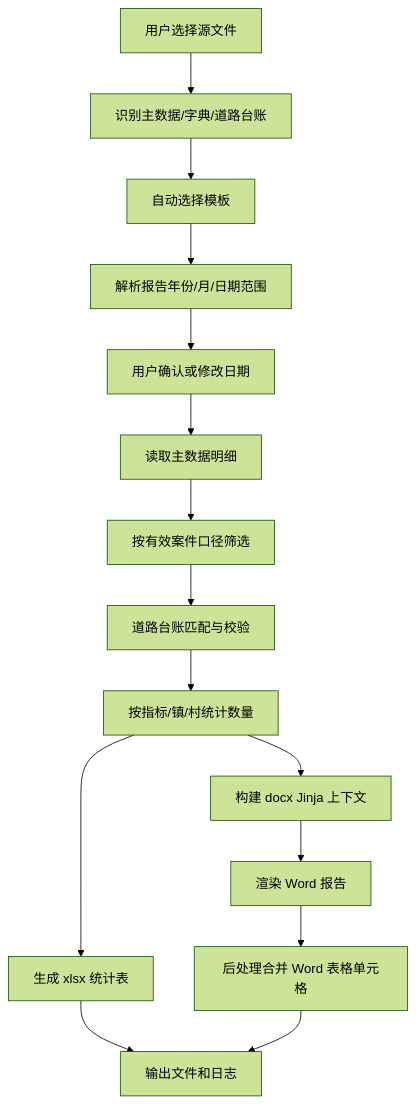
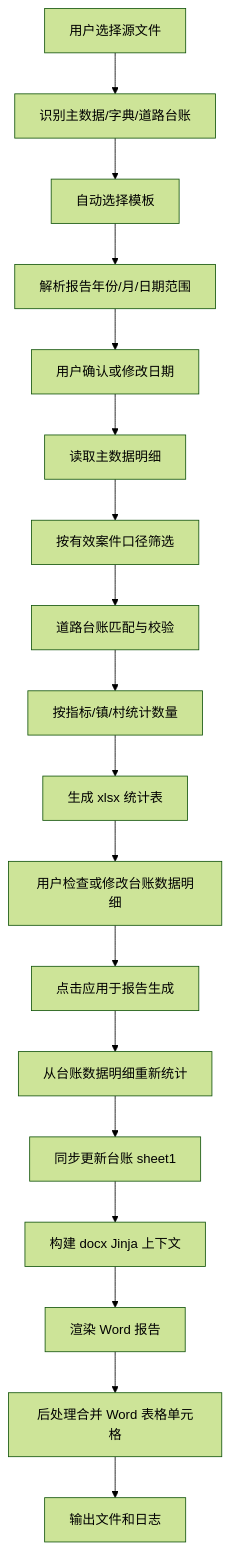
Before and after one commit to EighteenLiu/Haidian-Resident-Word: the diagram in 农村人居环境报告生成程序开发方案.md, drawn with Mermaid (forest theme). The commit also changed other lines of this file and 20 other files, not shown here.

````diff
--- a/农村人居环境报告生成程序开发方案.md
+++ b/农村人居环境报告生成程序开发方案.md
@@ -339,17 +342,20 @@
 ```mermaid
 flowchart TD
     A["用户选择源文件"] --> B["识别主数据/字典/道路台账"]
     B --> C["自动选择模板"]
     C --> D["解析报告年份/月/日期范围"]
     D --> E["用户确认或修改日期"]
     E --> F["读取主数据明细"]
     F --> G["按有效案件口径筛选"]
     G --> H["道路台账匹配与校验"]
     H --> I["按指标/镇/村统计数量"]
     I --> J["生成 xlsx 统计表"]
-    I --> K["构建 docx Jinja 上下文"]
-    K --> L["渲染 Word 报告"]
-    L --> M["后处理合并 Word 表格单元格"]
-    J --> N["输出文件和日志"]
-    M --> N
+    J --> K["用户检查或修改台账数据明细"]
+    K --> L["点击应用于报告生成"]
+    L --> M["从台账数据明细重新统计"]
+    M --> N["同步更新台账 sheet1"]
+    N --> O["构建 docx Jinja 上下文"]
+    O --> P["渲染 Word 报告"]
+    P --> Q["后处理合并 Word 表格单元格"]
+    Q --> R["输出文件和日志"]
 ```
````
